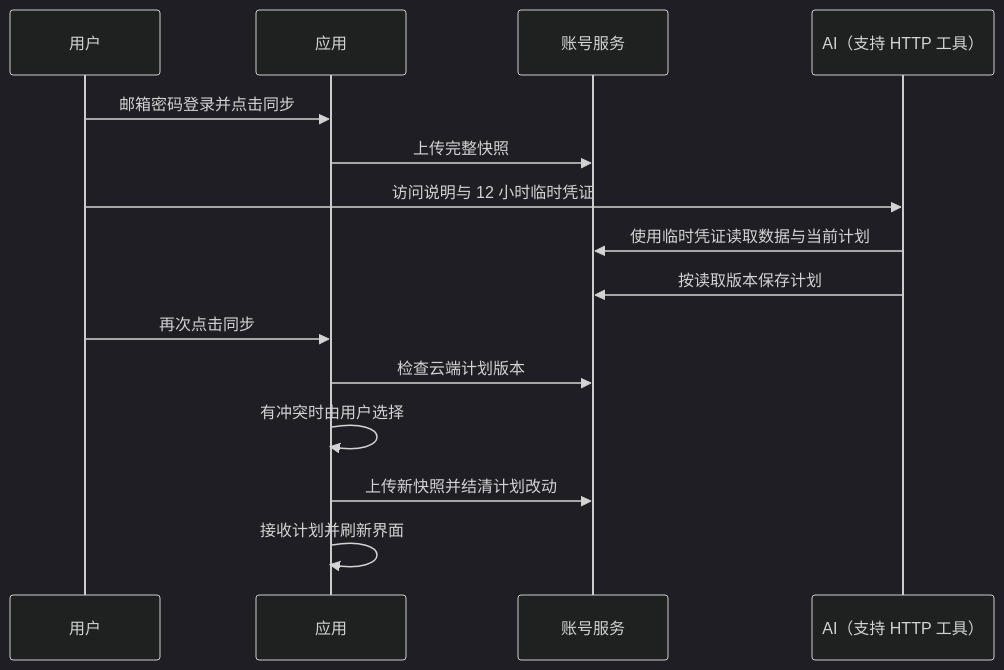
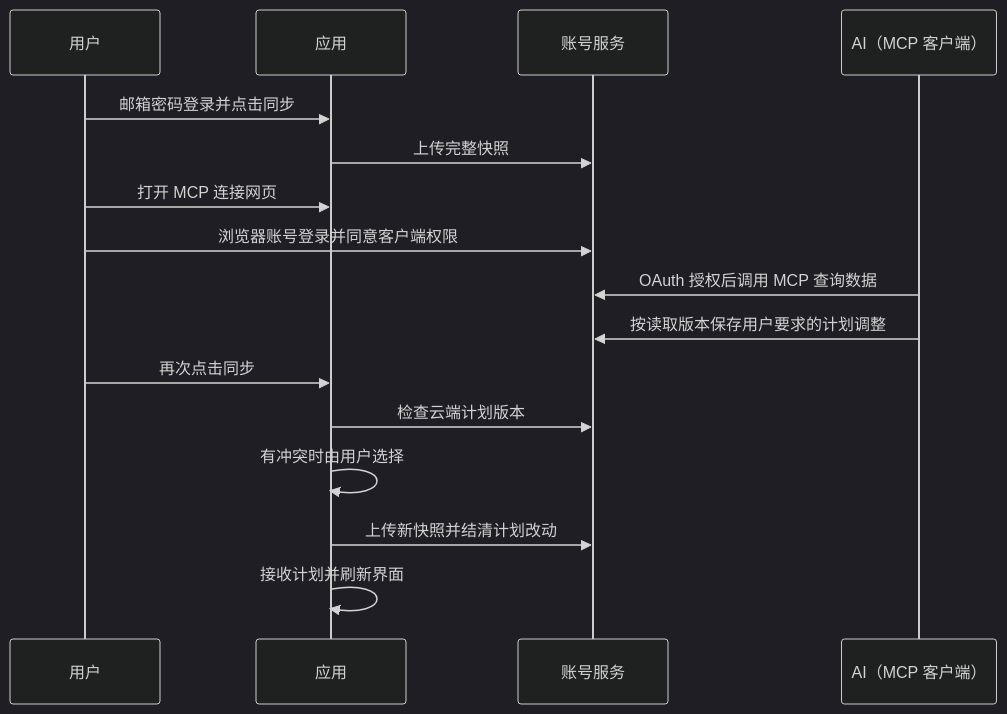
One commit to jiachaoDing/represt changed the diagram in docs/account-sync.md. Above: the diagram before and after it, drawn with Mermaid (dark theme). The commit also changed other lines of this file and 51 other files, not shown here.

Commit message:
feat: add MCP training analytics and OAuth connection entry

````diff
--- a/docs/account-sync.md
+++ b/docs/account-sync.md
@@ -20,17 +18,18 @@
 ```mermaid
 sequenceDiagram
     participant U as 用户
     participant L as 应用
     participant S as 账号服务
-    participant A as AI（支持 HTTP 工具）
+    participant A as AI（MCP 客户端）
     U->>L: 邮箱密码登录并点击同步
     L->>S: 上传完整快照
-    U->>A: 访问说明与 12 小时临时凭证
-    A->>S: 使用临时凭证读取数据与当前计划
-    A->>S: 按读取版本保存计划
+    U->>L: 打开 MCP 连接网页
+    U->>S: 浏览器账号登录并同意客户端权限
+    A->>S: OAuth 授权后调用 MCP 查询数据
+    A->>S: 按读取版本保存用户要求的计划调整
     U->>L: 再次点击同步
     L->>S: 检查云端计划版本
     L->>L: 有冲突时由用户选择
     L->>S: 上传新快照并结清计划改动
     L->>L: 接收计划并刷新界面
 ```
````
